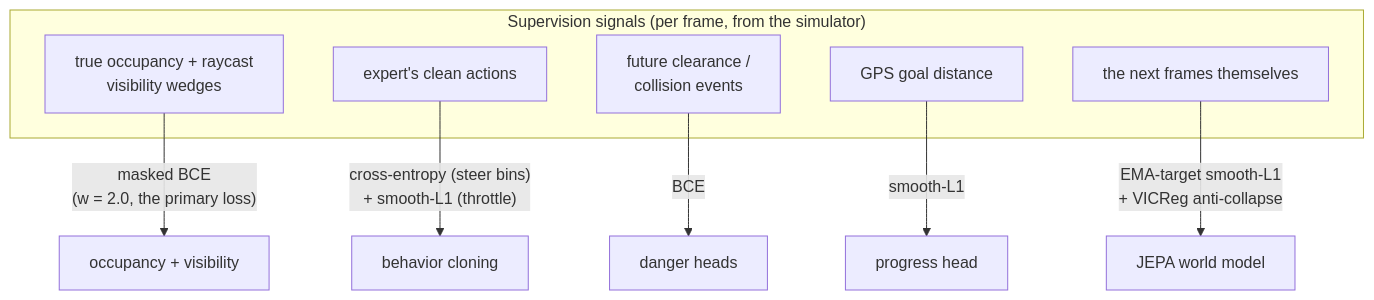
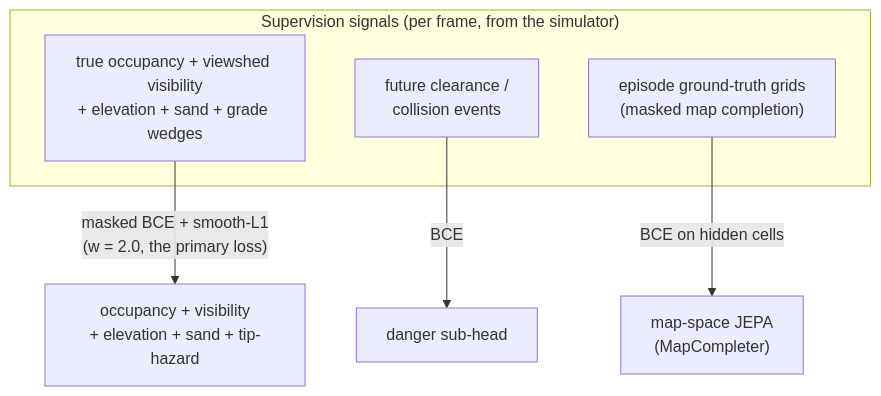
One commit to ClayJay3/DR-JEPA changed the fourth of 7 diagrams in README.md. Above: the diagram before and after it, drawn with Mermaid. The commit also changed other lines of this file and 8 other files, not shown here.

````diff
--- a/README.md
+++ b/README.md
@@ -241,15 +260,11 @@
 ```mermaid
 flowchart TD
     subgraph supervision["Supervision signals (per frame, from the simulator)"]
-        GT1["true occupancy + raycast<br/>visibility wedges"]
-        GT2["expert's clean actions"]
+        GT1["true occupancy + viewshed visibility<br/>+ elevation + sand + grade wedges"]
         GT3["future clearance /<br/>collision events"]
-        GT4["GPS goal distance"]
-        GT5["the next frames themselves"]
+        GT6["episode ground-truth grids<br/>(masked map completion)"]
     end
-    GT1 -- "masked BCE<br/>(w = 2.0, the primary loss)" --> L1["occupancy + visibility"]
-    GT2 -- "cross-entropy (steer bins)<br/>+ smooth-L1 (throttle)" --> L2["behavior cloning"]
-    GT3 -- "BCE" --> L3["danger heads"]
-    GT4 -- "smooth-L1" --> L4["progress head"]
-    GT5 -- "EMA-target smooth-L1<br/>+ VICReg anti-collapse" --> L5["JEPA world model"]
+    GT1 -- "masked BCE + smooth-L1<br/>(w = 2.0, the primary loss)" --> L1["occupancy + visibility<br/>+ elevation + sand + tip-hazard"]
+    GT3 -- "BCE" --> L3["danger sub-head"]
+    GT6 -- "BCE on hidden cells" --> L6["map-space JEPA<br/>(MapCompleter)"]
 ```
````
